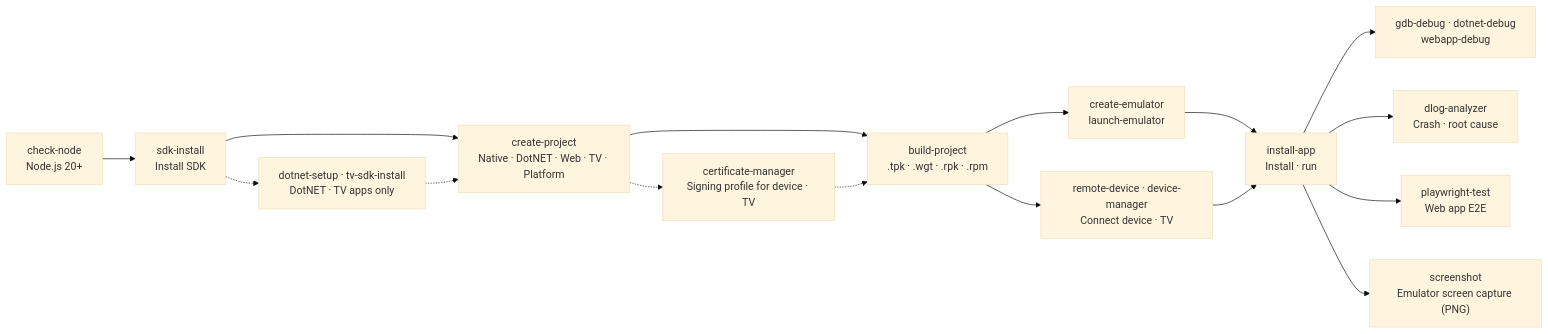
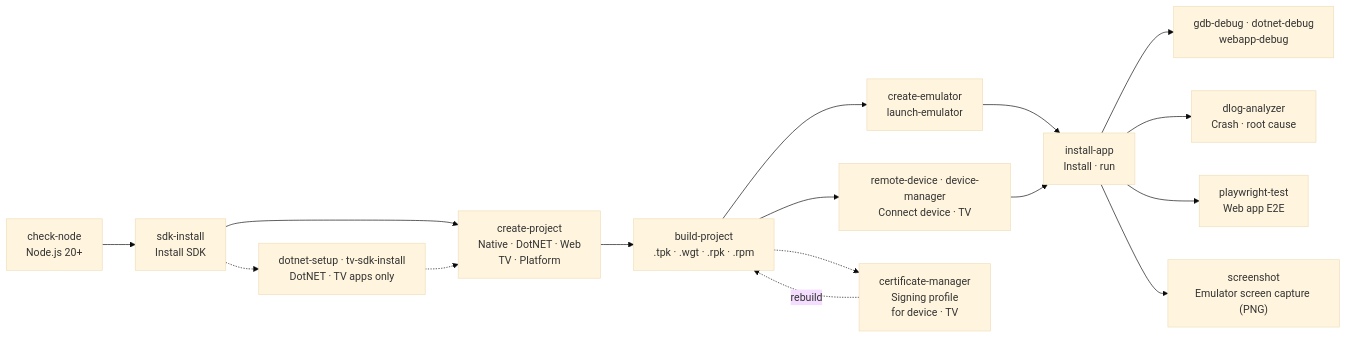
One commit to Samsung/tizen-agent-skills changed the second of 2 diagrams in tizen-sdk-skills/quick-guide.md. Above: the diagram before and after it, drawn with Mermaid (base theme). The commit also changed other lines of this file and 3 other files, not shown here.

First line of the commit message:
docs(tizen-sdk-skills): fix quick guide diagram labels and signing step (#103)

````diff
--- a/tizen-sdk-skills/quick-guide.md
+++ b/tizen-sdk-skills/quick-guide.md
@@ -66,18 +66,18 @@
 ```mermaid
 flowchart LR
     A["check-node<br/>Node.js 20+"] --> B["sdk-install<br/>Install SDK"]
-    B --> D["create-project<br/>Native · DotNET · Web · TV · Platform"]
+    B --> D["create-project<br/>Native · DotNET · Web<br/>TV · Platform"]
     B -.-> P["dotnet-setup · tv-sdk-install<br/>DotNET · TV apps only"]
     P -.-> D
     D --> E["build-project<br/>.tpk · .wgt · .rpk · .rpm"]
-    D -.-> K["certificate-manager<br/>Signing profile for device · TV"]
-    K -.-> E
     E --> F["create-emulator<br/>launch-emulator"]
     E --> R["remote-device · device-manager<br/>Connect device · TV"]
+    E -.-> K["certificate-manager<br/>Signing profile<br/>for device · TV"]
     F --> G["install-app<br/>Install · run"]
     R --> G
+    K -.->|rebuild| E
     G --> H["gdb-debug · dotnet-debug<br/>webapp-debug"]
     G --> I["dlog-analyzer<br/>Crash · root cause"]
     G --> J["playwright-test<br/>Web app E2E"]
     G --> S["screenshot<br/>Emulator screen capture (PNG)"]
 ```
````
